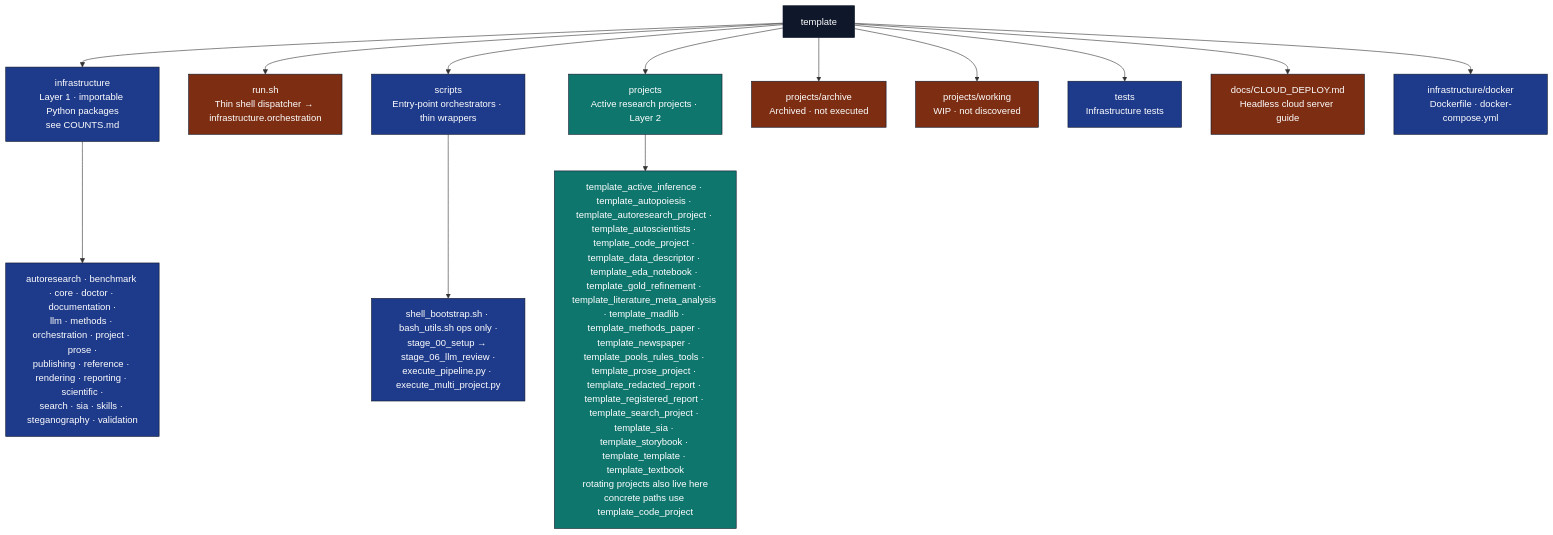
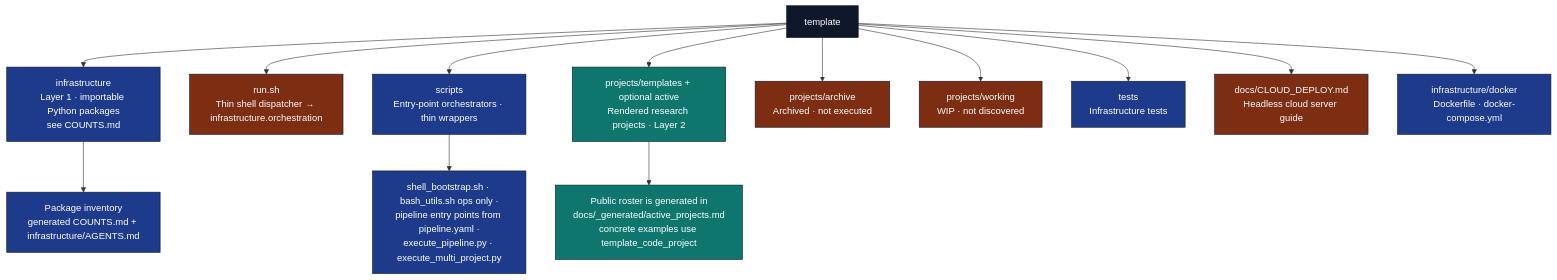
The diagram in docs/PAI.md (docxology/template), drawn with Mermaid before and after one commit. The commit also changed other lines of this file and 82 other files, not shown here.

````diff
--- a/docs/PAI.md
+++ b/docs/PAI.md
@@ -69,28 +69,28 @@
 ```mermaid
 flowchart TB
     ROOT[template]
     ROOT --> INFRA[infrastructure<br/>Layer 1 · importable Python packages<br/>see COUNTS.md]
     ROOT --> RUN[run.sh<br/>Thin shell dispatcher → infrastructure.orchestration]
     ROOT --> SCR[scripts<br/>Entry-point orchestrators · thin wrappers]
-    ROOT --> PROJ[projects<br/>Active research projects · Layer 2]
+    ROOT --> PROJ[projects/templates + optional active<br/>Rendered research projects · Layer 2]
     ROOT --> ARCH[projects/archive<br/>Archived · not executed]
     ROOT --> WIP[projects/working<br/>WIP · not discovered]
     ROOT --> T[tests<br/>Infrastructure tests]
     ROOT --> DOCS[docs/CLOUD_DEPLOY.md<br/>Headless cloud server guide]
     ROOT --> DOCKER[infrastructure/docker<br/>Dockerfile · docker-compose.yml]
 
-    INFRA --> INFRA_PKGS[autoresearch · benchmark · core · doctor · documentation ·<br/>llm · methods · orchestration · project · prose ·<br/>publishing · reference · rendering · reporting · scientific ·<br/>search · sia · skills · steganography · validation]
+    INFRA --> INFRA_PKGS[Package inventory<br/>generated COUNTS.md + infrastructure/AGENTS.md]
 
-    SCR --> SCR_FILES[shell_bootstrap.sh · bash_utils.sh ops only ·<br/>stage_00_setup → stage_06_llm_review ·<br/>execute_pipeline.py · execute_multi_project.py]
+    SCR --> SCR_FILES[shell_bootstrap.sh · bash_utils.sh ops only ·<br/>pipeline entry points from pipeline.yaml ·<br/>execute_pipeline.py · execute_multi_project.py]
 
-    PROJ --> PROJ_F["template_active_inference · template_autopoiesis · template_autoresearch_project · template_autoscientists · template_code_project · template_data_descriptor · template_eda_notebook · template_gold_refinement · template_literature_meta_analysis · template_madlib · template_methods_paper · template_newspaper · template_pools_rules_tools · template_prose_project · template_redacted_report · template_registered_report · template_search_project · template_sia · template_storybook · template_template · template_textbook<br/>rotating projects also live here<br/>concrete paths use template_code_project"]
+    PROJ --> PROJ_F["Public roster is generated in<br/>docs/_generated/active_projects.md<br/>concrete examples use template_code_project"]
 
     classDef root fill:#0f172a,stroke:#0f172a,color:#fff
     classDef l1 fill:#1e3a8a,stroke:#0f172a,color:#fff
     classDef l2 fill:#0f766e,stroke:#0f172a,color:#fff
     classDef gen fill:#7c2d12,stroke:#0f172a,color:#fff
     class ROOT root
     class INFRA,SCR,T,DOCKER,INFRA_PKGS,SCR_FILES l1
     class PROJ,PROJ_F l2
     class ARCH,WIP,DOCS,RUN gen
 ```
````
